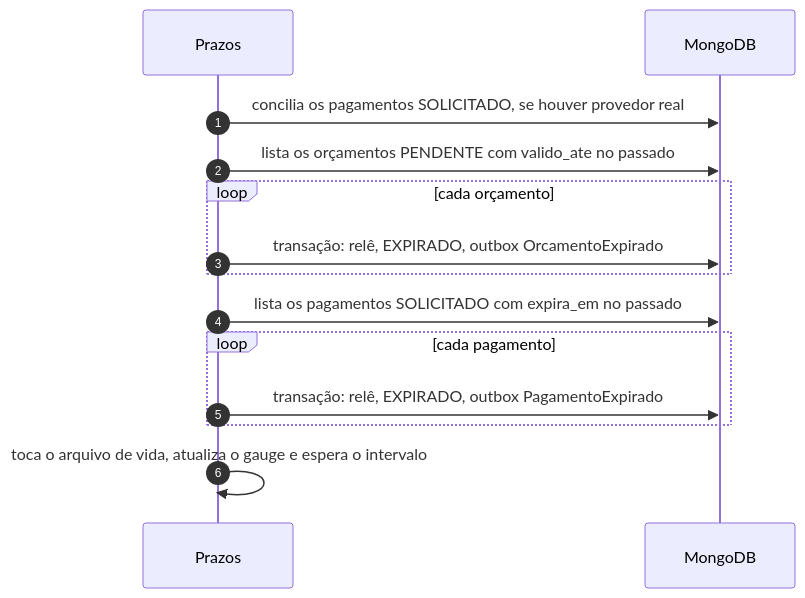
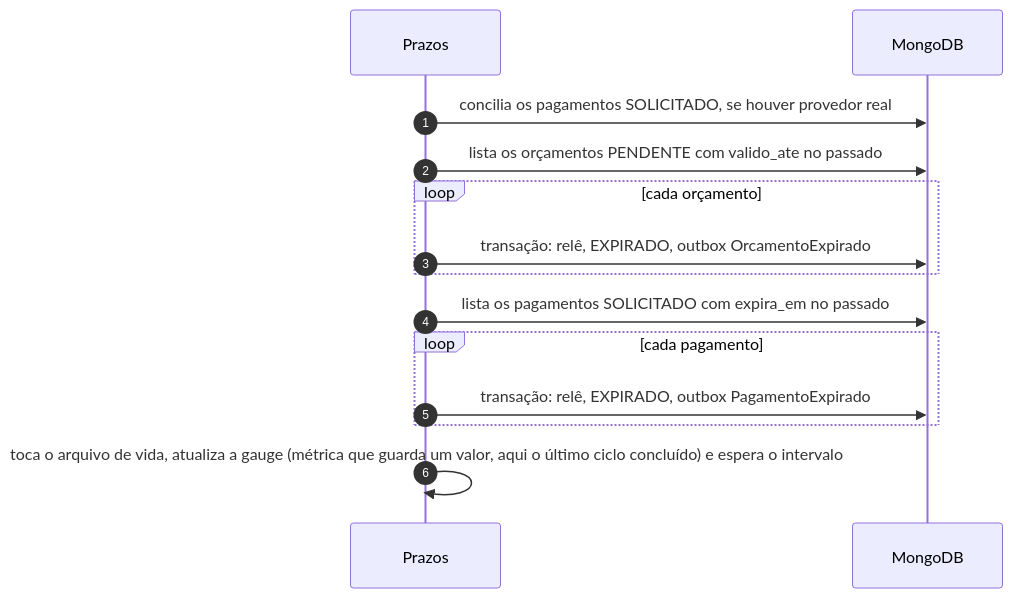
Diagram 11 of 12 in docs/arquitetura.md (fiap-postech-sw-architecture/postech-sw-arch-p4-billing-service), drawn with Mermaid before and after one commit. The commit also changed other lines of this file, not shown here.

First line of the commit message:
docs: arquitetura define lease, gauge, prefetch e as sondas no primeiro uso

````diff
--- a/docs/arquitetura.md
+++ b/docs/arquitetura.md
@@ -611,16 +611,16 @@
 ```mermaid
 sequenceDiagram
     autonumber
     participant PZ as Prazos
     participant DB as MongoDB
     PZ->>DB: concilia os pagamentos SOLICITADO, se houver provedor real
     PZ->>DB: lista os orçamentos PENDENTE com valido_ate no passado
     loop cada orçamento
         PZ->>DB: transação: relê, EXPIRADO, outbox OrcamentoExpirado
     end
     PZ->>DB: lista os pagamentos SOLICITADO com expira_em no passado
     loop cada pagamento
         PZ->>DB: transação: relê, EXPIRADO, outbox PagamentoExpirado
     end
-    PZ->>PZ: toca o arquivo de vida, atualiza o gauge e espera o intervalo
+    PZ->>PZ: toca o arquivo de vida, atualiza a gauge (métrica que guarda um valor, aqui o último ciclo concluído) e espera o intervalo
 ```
````
